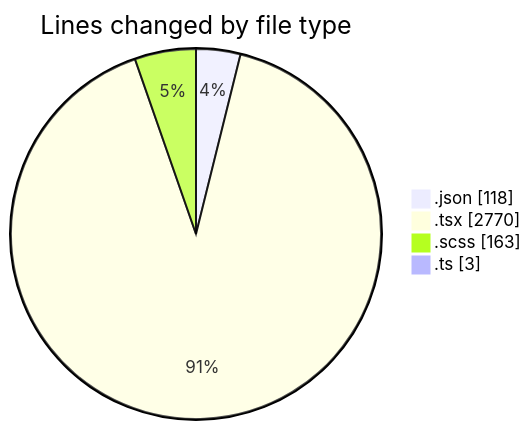
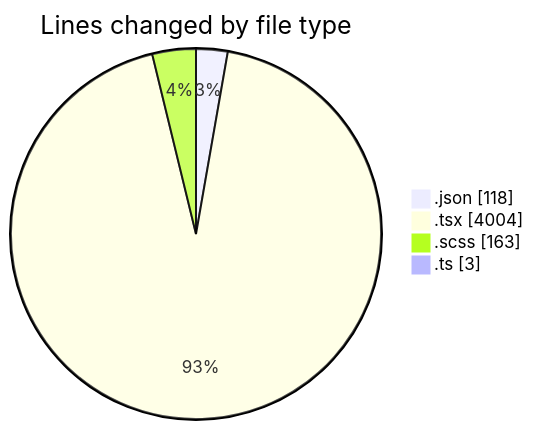
One commit to momahboobian/code-tracking changed the first of 2 diagrams in 2025-11-19/cda/README.md. Above: the diagram before and after it, drawn with Mermaid. The commit also changed other lines of this file and 1 other file, not shown here.

````diff
--- a/2025-11-19/cda/README.md
+++ b/2025-11-19/cda/README.md
@@ -28,8 +28,8 @@
 ```mermaid
 pie showData
 title Lines changed by file type
 ".json" : 118
-".tsx" : 2770
+".tsx" : 4004
 ".scss" : 163
 ".ts" : 3
 ```
````
